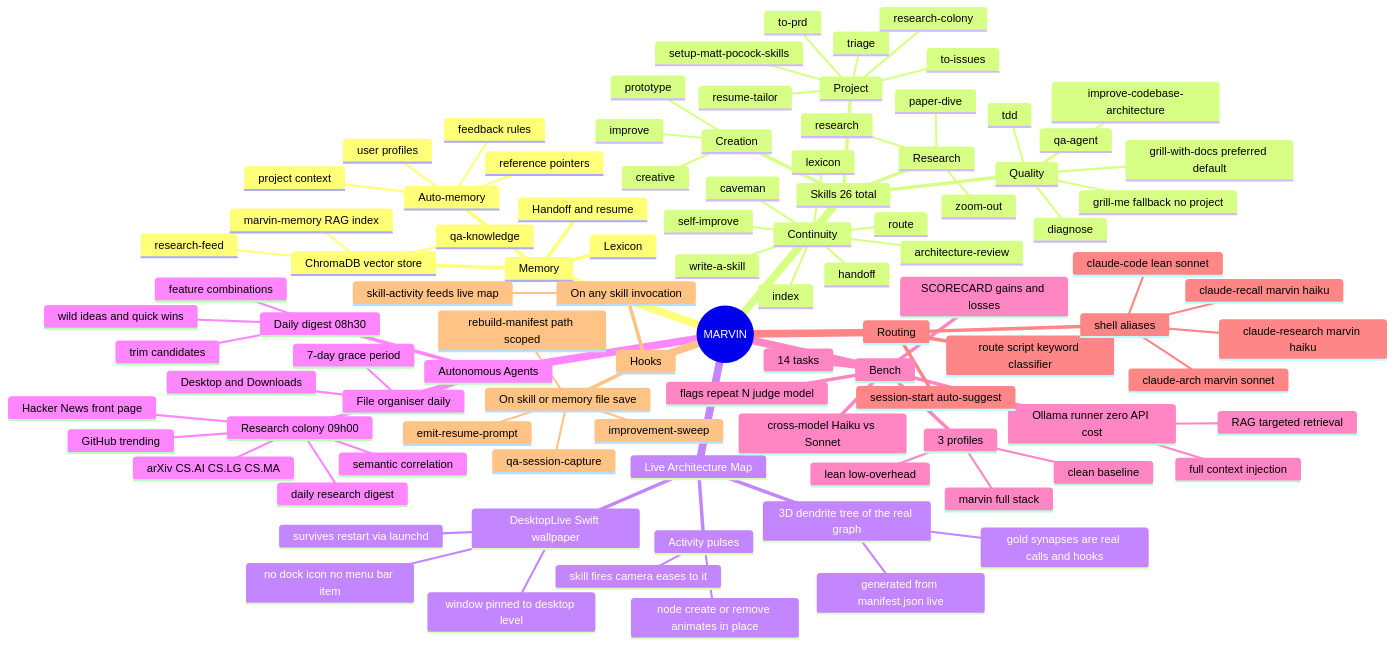
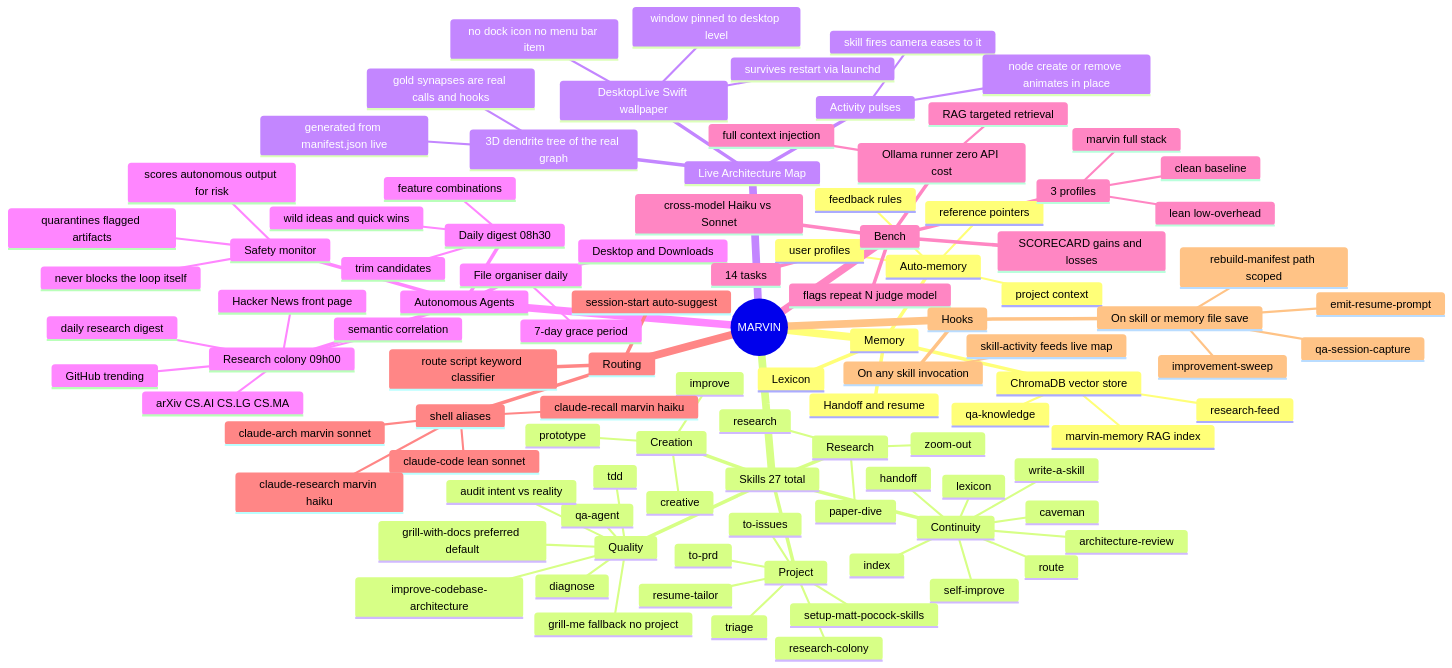
One commit to G-Eskayo/marvin changed the diagram in README.md. Above: the diagram before and after it, drawn with Mermaid. The commit also changed other lines of this file and 1 other file, not shown here.

```diff
--- a/README.md
+++ b/README.md
@@ -28,7 +30,7 @@
         reference pointers
       Lexicon
       Handoff and resume
-    Skills 26 total
+    Skills 27 total
       Quality
         diagnose
         grill-with-docs preferred default
@@ -36,6 +38,7 @@
         tdd
         qa-agent
         improve-codebase-architecture
+        audit intent vs reality
       Research
         research
         paper-dive
@@ -85,6 +88,10 @@
       File organiser daily
         Desktop and Downloads
         7-day grace period
+      Safety monitor
+        scores autonomous output for risk
+        quarantines flagged artifacts
+        never blocks the loop itself
     Bench
       14 tasks
       3 profiles
```
